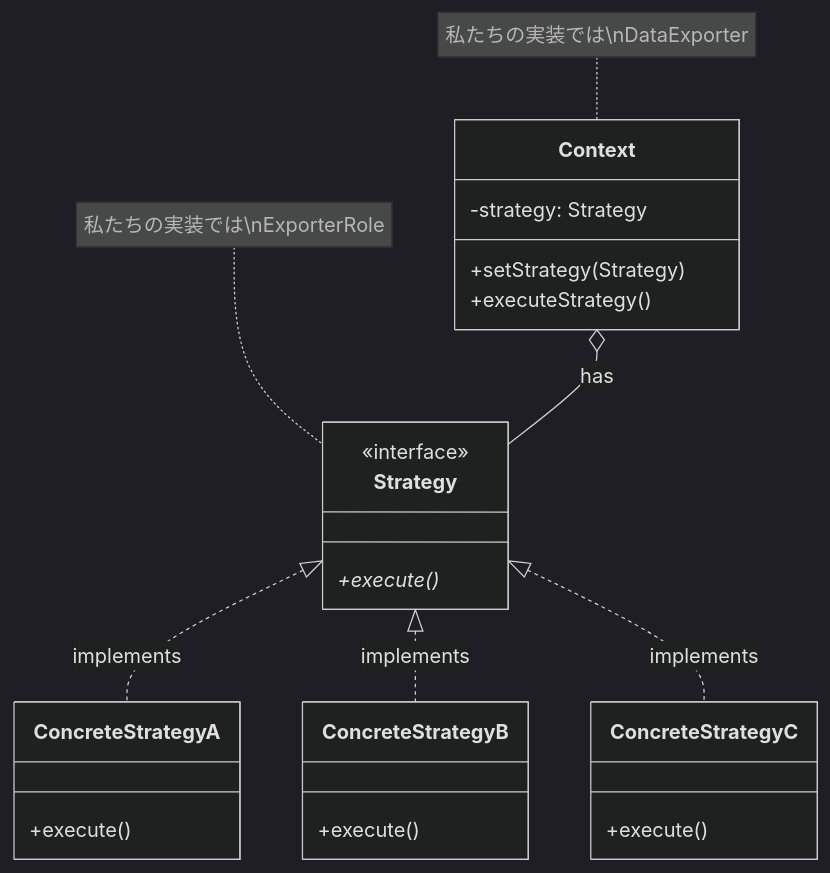
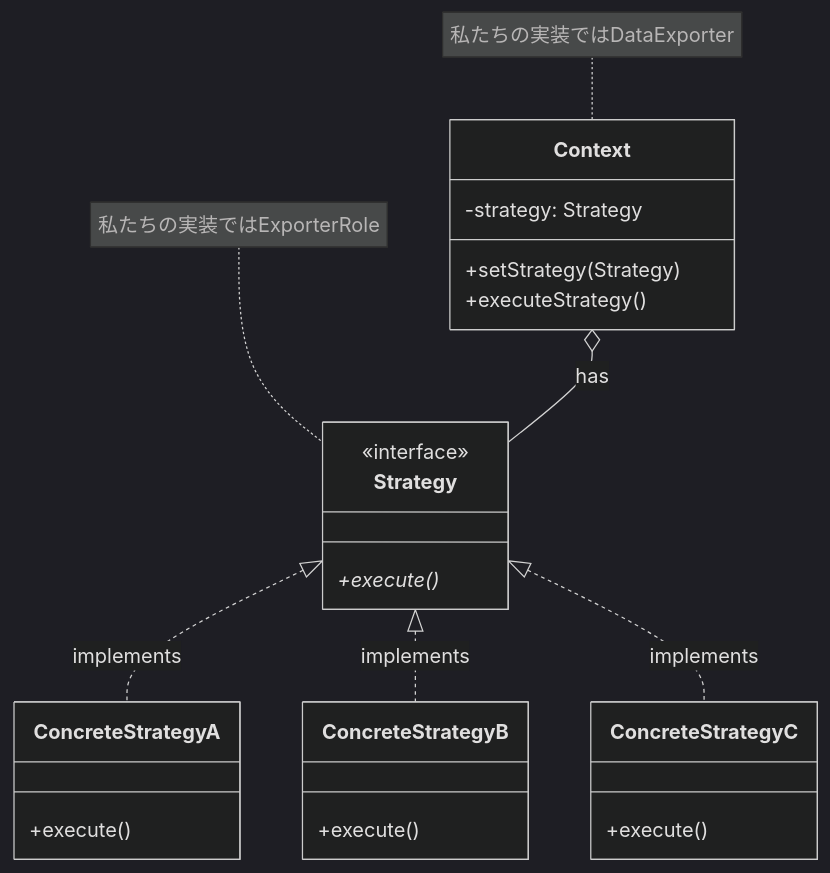
One commit to nqou-net/www.nqou.net changed the first of 2 diagrams in content/post/2026/01/09/005327.md. Above: the diagram before and after it, drawn with Mermaid (dark theme). The commit also changed other lines of this file, not shown here.

````diff
--- a/content/post/2026/01/09/005327.md
+++ b/content/post/2026/01/09/005327.md
@@ -32,29 +32,29 @@
 ```mermaid
 classDiagram
     class Context {
         -strategy: Strategy
         +setStrategy(Strategy)
         +executeStrategy()
     }
     class Strategy {
         <<interface>>
         +execute()*
     }
     class ConcreteStrategyA {
         +execute()
     }
     class ConcreteStrategyB {
         +execute()
     }
     class ConcreteStrategyC {
         +execute()
     }
     
     Context o-- Strategy : has
     Strategy <|.. ConcreteStrategyA : implements
     Strategy <|.. ConcreteStrategyB : implements
     Strategy <|.. ConcreteStrategyC : implements
     
-    note for Context "私たちの実装では\nDataExporter"
-    note for Strategy "私たちの実装では\nExporterRole"
+    note for Context "私たちの実装ではDataExporter"
+    note for Strategy "私たちの実装ではExporterRole"
 ```
````
